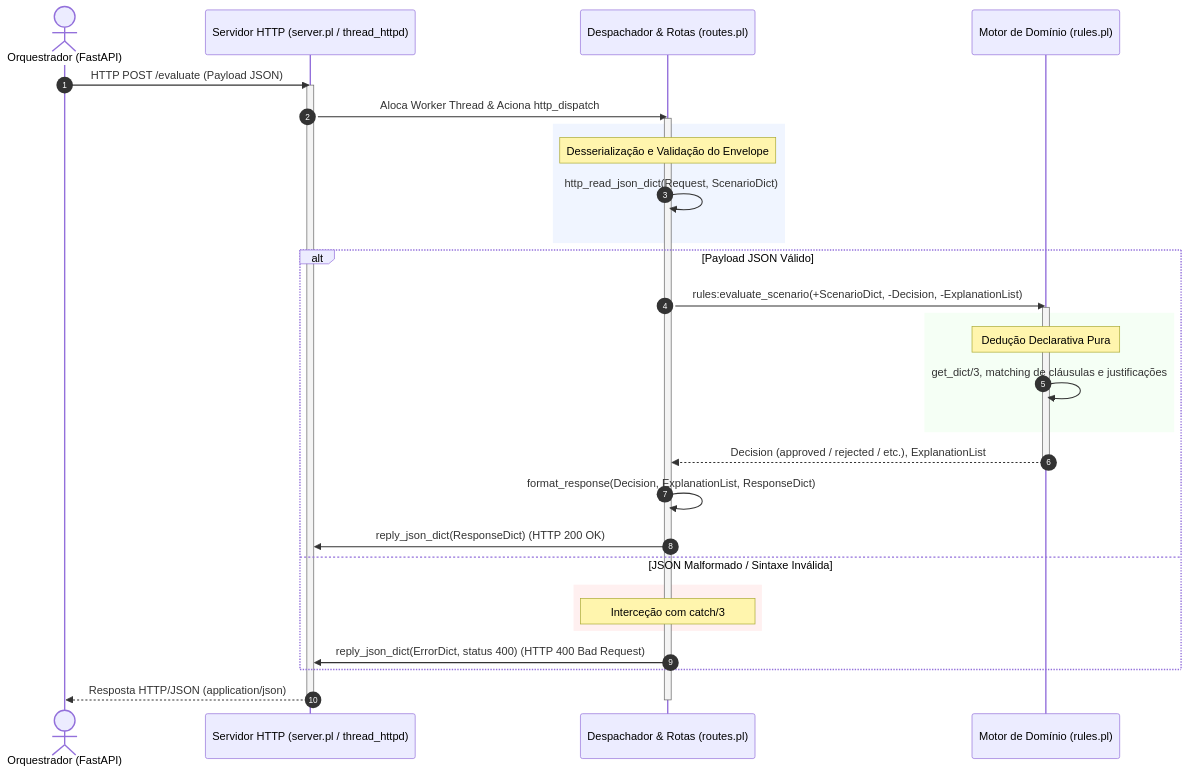
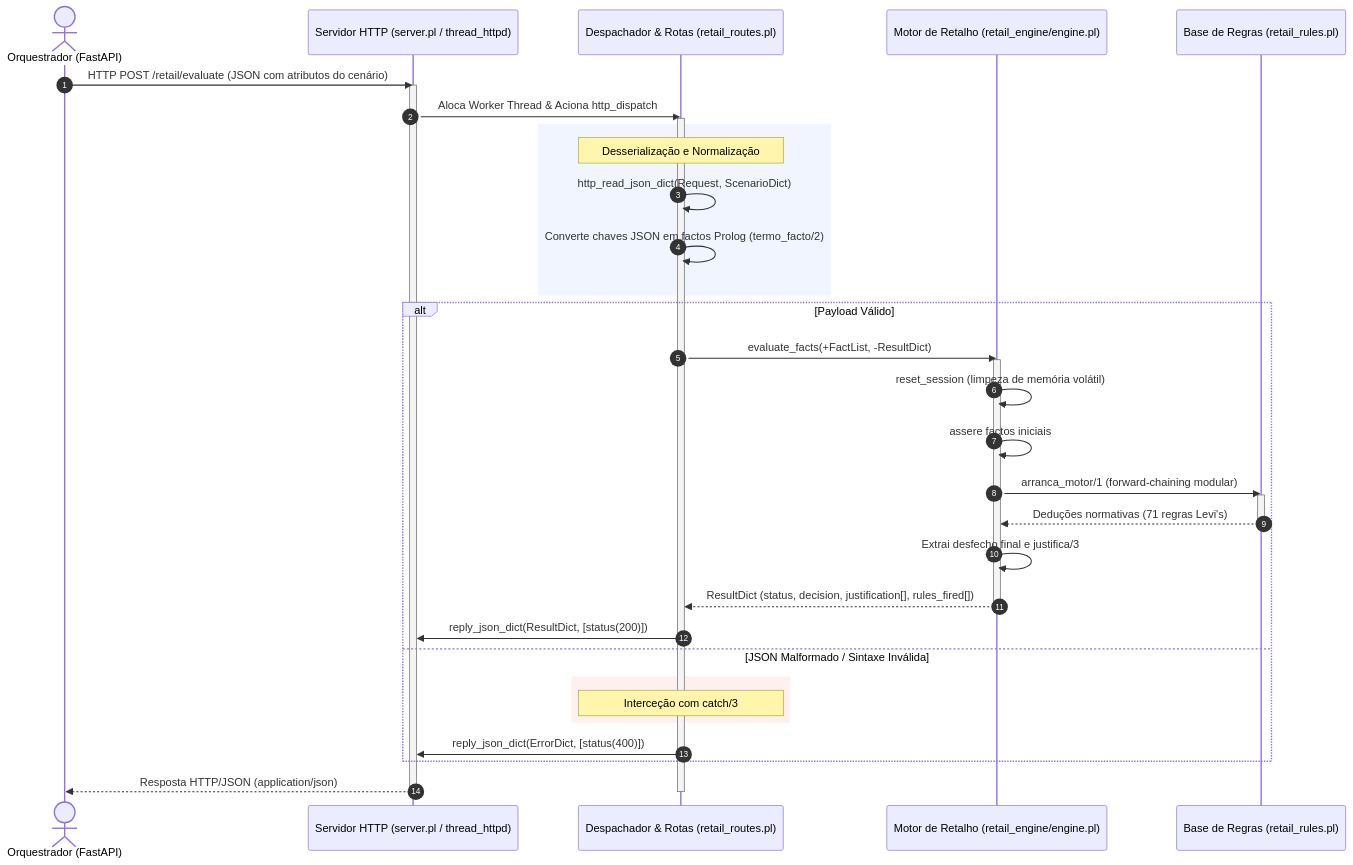
The first of 2 diagrams in docs/architecture/prolog_engine.md (Alvaro1940052/meia-equipa3-challenge1-26_27), drawn with Mermaid before and after one commit. The commit also changed other lines of this file and 46 other files, not shown here.

Commit message:
feat: add retail prolog inference engine and backend orchestration support

````diff
--- a/docs/architecture/prolog_engine.md
+++ b/docs/architecture/prolog_engine.md
@@ -85,41 +121,45 @@
 ```mermaid
 sequenceDiagram
     autonumber
     actor Orch as Orquestrador (FastAPI)
     participant Srv as Servidor HTTP (server.pl / thread_httpd)
-    participant Disp as Despachador & Rotas (routes.pl)
-    participant Core as Motor de Domínio (rules.pl)
+    participant Disp as Despachador & Rotas (retail_routes.pl)
+    participant Core as Motor de Retalho (retail_engine/engine.pl)
+    participant KB as Base de Regras (retail_rules.pl)
 
-    Orch->>Srv: HTTP POST /evaluate (Payload JSON)
+    Orch->>Srv: HTTP POST /retail/evaluate (JSON com atributos do cenário)
     activate Srv
     Srv->>Disp: Aloca Worker Thread & Aciona http_dispatch
     activate Disp
 
     rect rgb(240, 245, 255)
-        note over Disp: Desserialização e Validação do Envelope
+        note over Disp: Desserialização e Normalização
         Disp->>Disp: http_read_json_dict(Request, ScenarioDict)
+        Disp->>Disp: Converte chaves JSON em factos Prolog (termo_facto/2)
     end
 
-    alt Payload JSON Válido
-        Disp->>Core: rules:evaluate_scenario(+ScenarioDict, -Decision, -ExplanationList)
+    alt Payload Válido
+        Disp->>Core: evaluate_facts(+FactList, -ResultDict)
         activate Core
-        rect rgb(245, 255, 245)
-            note over Core: Dedução Declarativa Pura
-            Core->>Core: get_dict/3, matching de cláusulas e justificações
-        end
-        Core-->>Disp: Decision (approved / rejected / etc.), ExplanationList
+        Core->>Core: reset_session (limpeza de memória volátil)
+        Core->>Core: assere factos iniciais
+        Core->>KB: arranca_motor/1 (forward-chaining modular)
+        activate KB
+        KB-->>Core: Deduções normativas (71 regras Levi's)
+        deactivate KB
+        Core->>Core: Extrai desfecho final e justifica/3
+        Core-->>Disp: ResultDict (status, decision, justification[], rules_fired[])
         deactivate Core
 
-        Disp->>Disp: format_response(Decision, ExplanationList, ResponseDict)
-        Disp->>Srv: reply_json_dict(ResponseDict) (HTTP 200 OK)
+        Disp->>Srv: reply_json_dict(ResultDict, [status(200)])
     else JSON Malformado / Sintaxe Inválida
         rect rgb(255, 240, 240)
             note over Disp: Interceção com catch/3
         end
-        Disp->>Srv: reply_json_dict(ErrorDict, status 400) (HTTP 400 Bad Request)
+        Disp->>Srv: reply_json_dict(ErrorDict, [status(400)])
     end
 
     Srv-->>Orch: Resposta HTTP/JSON (application/json)
     deactivate Disp
     deactivate Srv
 ```
````
